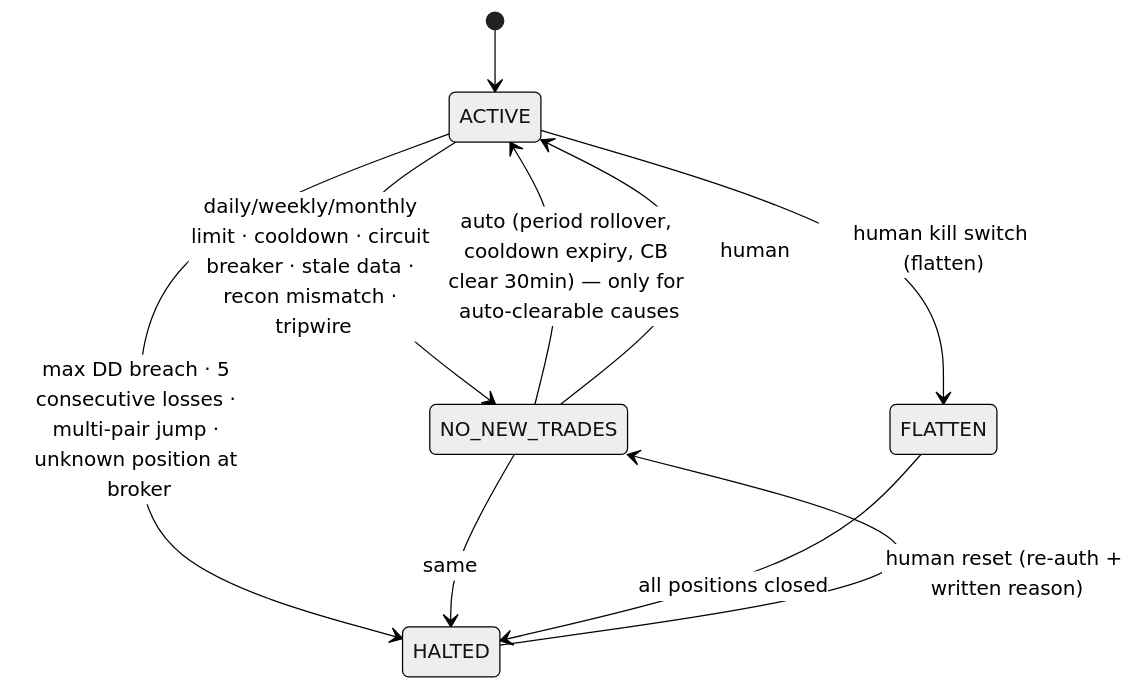
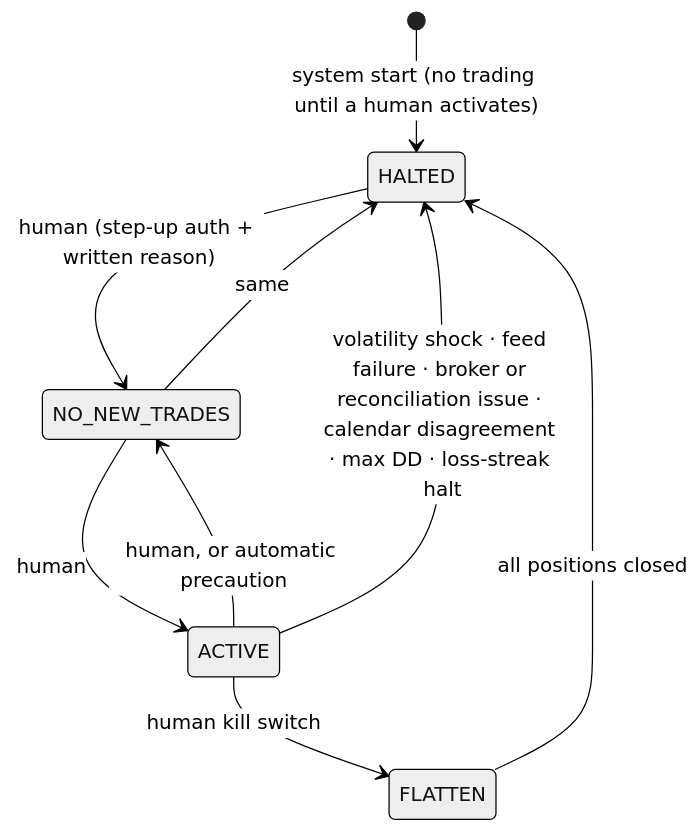
One commit to Sunitha7S/sentinel-fx changed the first of 2 diagrams in docs/04-risk-engine.md. Above: the diagram before and after it, drawn with Mermaid (neutral theme). The commit also changed other lines of this file and 10 other files, not shown here.

````diff
--- a/docs/04-risk-engine.md
+++ b/docs/04-risk-engine.md
@@ -174,12 +171,11 @@
 ```mermaid
 stateDiagram-v2
-  [*] --> ACTIVE
-  ACTIVE --> NO_NEW_TRADES: daily/weekly/monthly limit · cooldown · circuit breaker · stale data · recon mismatch · tripwire
-  NO_NEW_TRADES --> ACTIVE: auto (period rollover, cooldown expiry, CB clear 30min) — only for auto-clearable causes
-  ACTIVE --> HALTED: max DD breach · 5 consecutive losses · multi-pair jump · unknown position at broker
+  [*] --> HALTED: system start (no trading until a human activates)
+  HALTED --> NO_NEW_TRADES: human (step-up auth + written reason)
+  NO_NEW_TRADES --> ACTIVE: human
+  ACTIVE --> NO_NEW_TRADES: human, or automatic precaution
+  ACTIVE --> HALTED: volatility shock · feed failure · broker or reconciliation issue · calendar disagreement · max DD · loss-streak halt
   NO_NEW_TRADES --> HALTED: same
-  ACTIVE --> FLATTEN: human kill switch (flatten)
+  ACTIVE --> FLATTEN: human kill switch
   FLATTEN --> HALTED: all positions closed
-  HALTED --> NO_NEW_TRADES: human reset (re-auth + written reason)
-  NO_NEW_TRADES --> ACTIVE: human
 ```
````
